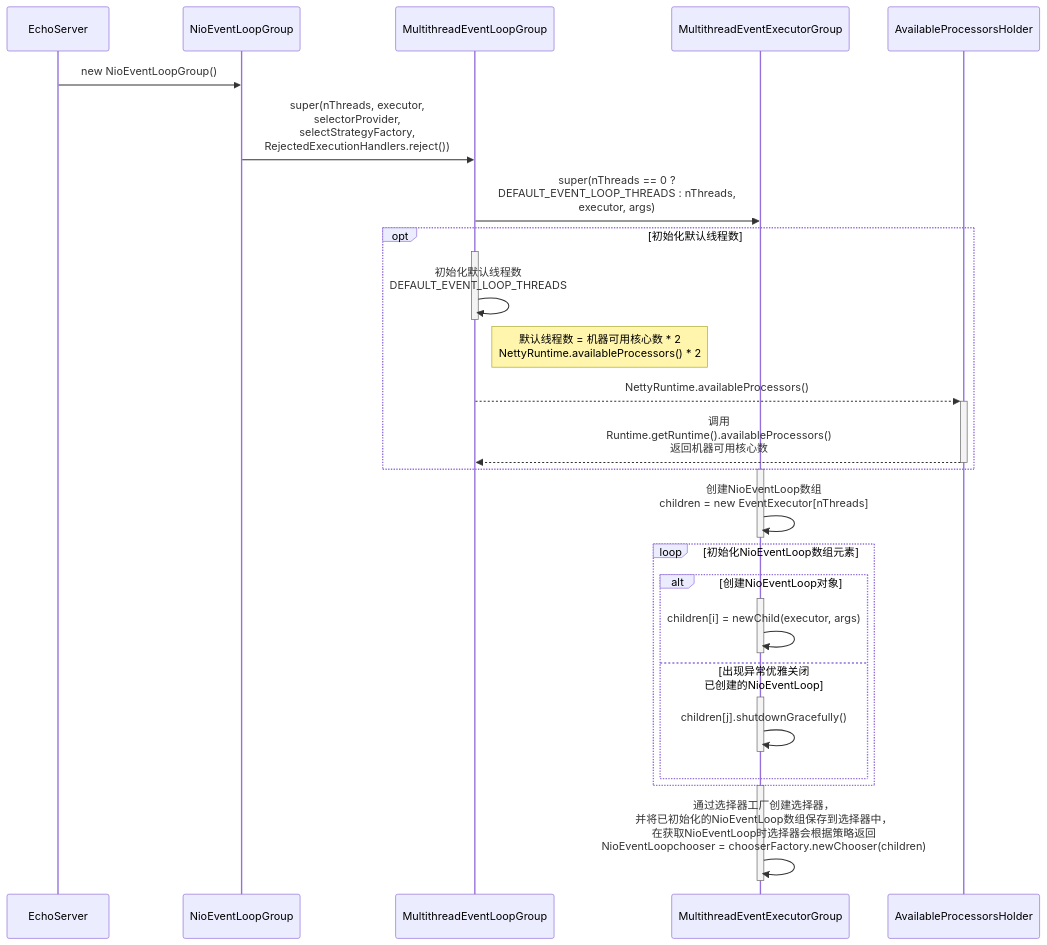
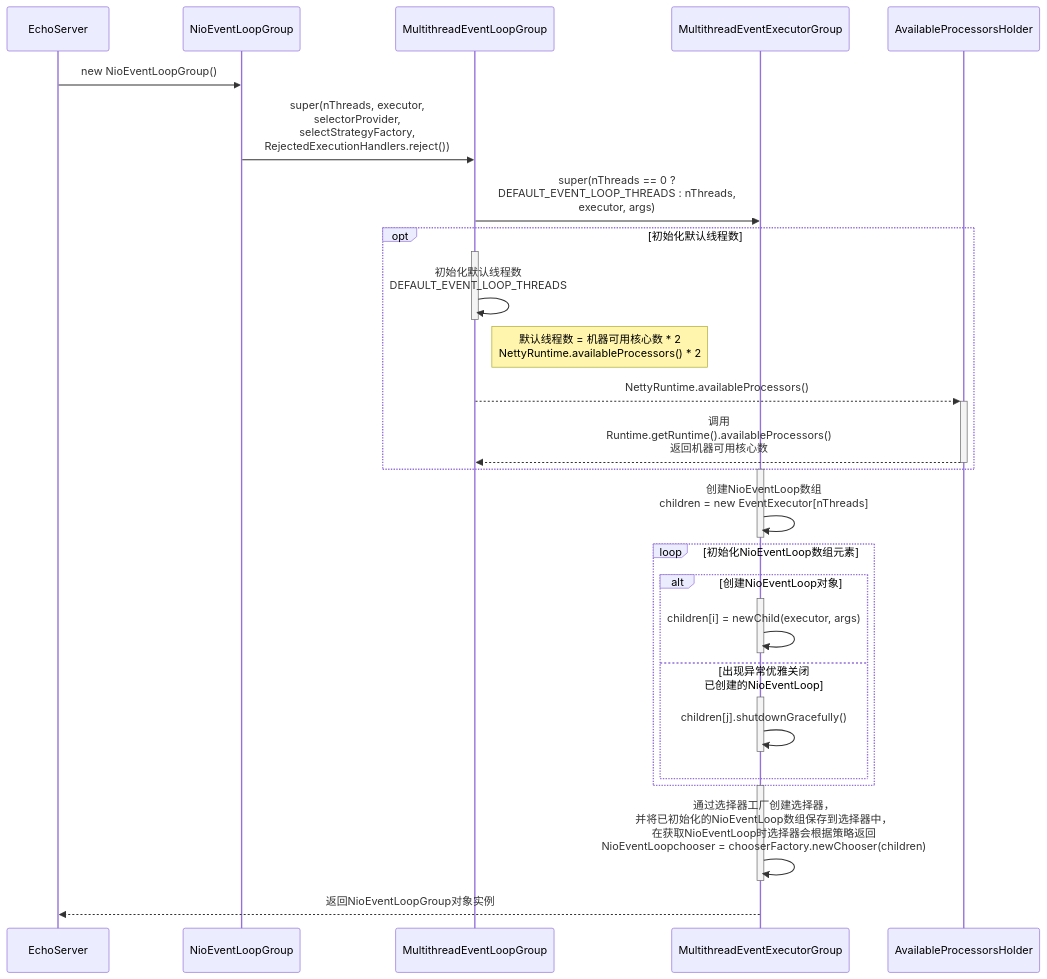
Before and after one commit to hhchun/netty-note: the first of 7 diagrams in 九、Netty核心源码剖析.md, drawn with Mermaid. The commit also changed other lines of this file, not shown here.

````diff
--- a/九、Netty核心源码剖析.md
+++ b/九、Netty核心源码剖析.md
@@ -19,41 +19,40 @@
 ```mermaid
 sequenceDiagram
     participant ES AS EchoServer
     participant NELG AS NioEventLoopGroup
     participant MELG AS MultithreadEventLoopGroup
     participant MEEG AS MultithreadEventExecutorGroup
     participant APH AS AvailableProcessorsHolder
     
     ES->>NELG: new NioEventLoopGroup()
-    %% super(nThreads, executor, selectorProvider, selectStrategyFactory, RejectedExecutionHandlers.reject());
     NELG->>MELG: super(nThreads, executor, <br/>selectorProvider, <br/>selectStrategyFactory, <br/>RejectedExecutionHandlers.reject());
-    %% super(nThreads == 0 ? DEFAULT_EVENT_LOOP_THREADS : nThreads, executor, args)
     MELG->>MEEG: super(nThreads == 0 ? <br/>DEFAULT_EVENT_LOOP_THREADS : nThreads,<br/> executor, args)
     opt 初始化默认线程数
     activate MELG
     MELG->>MELG: 初始化默认线程数<br/>DEFAULT_EVENT_LOOP_THREADS
     deactivate MELG
     Note right of MELG: 默认线程数 = 机器可用核心数 * 2<br/>NettyRuntime.availableProcessors() * 2
     MELG-->>+APH: NettyRuntime.availableProcessors()
     APH-->>-MELG: 调用<br/>Runtime.getRuntime().availableProcessors()<br/>返回机器可用核心数
     end
     activate MEEG
     MEEG->>MEEG: 创建NioEventLoop数组<br/>children = new EventExecutor[nThreads]
     deactivate MEEG
     %% children[i] = newChild(executor, args);
     loop 初始化NioEventLoop数组元素
       alt 创建NioEventLoop对象
           activate MEEG
           MEEG->>MEEG: children[i] = newChild(executor, args);
           deactivate MEEG
       else 出现异常优雅关闭<br/>已创建的NioEventLoop
           activate MEEG
           MEEG->>MEEG: children[j].shutdownGracefully();
           deactivate MEEG
       end
     end
     activate MEEG
     MEEG->>MEEG: 通过选择器工厂创建选择器，<br/>并将已初始化的NioEventLoop数组保存到选择器中，<br/>在获取NioEventLoop时选择器会根据策略返回<br/>NioEventLoopchooser = chooserFactory.newChooser(children);
     deactivate MEEG
+    MEEG-->>ES: 返回NioEventLoopGroup对象实例
     
 ```
````
